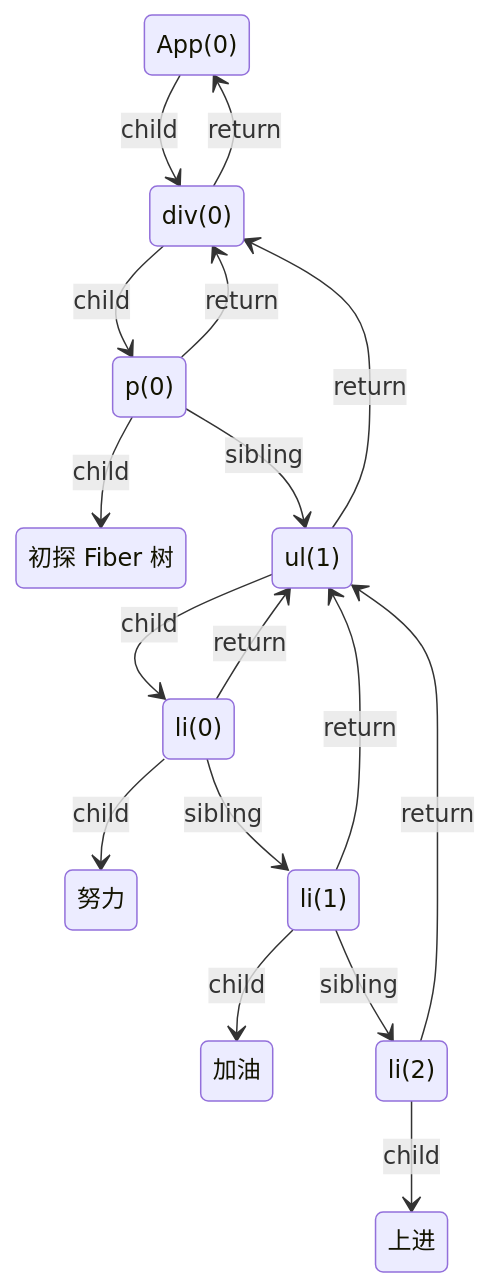
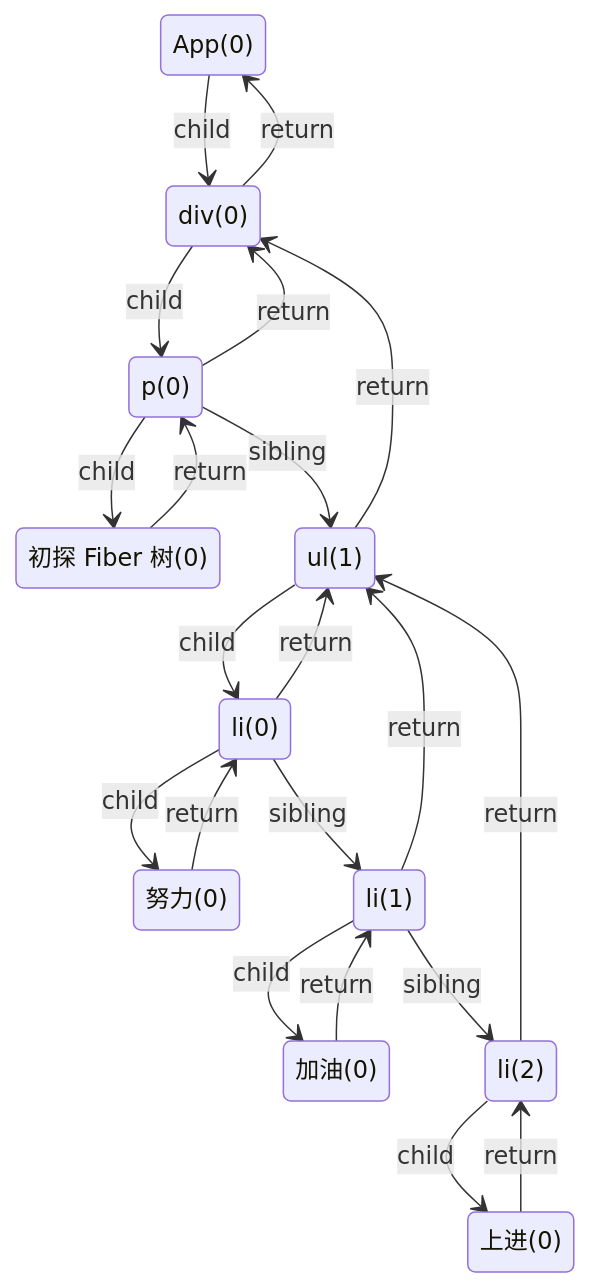
The diagram in 学习手册/Reconciler（协调器）/Fiber树.md (MrArky/ReactSourceCode), drawn with Mermaid before and after one commit.

Commit message:
Update Fiber树.md
更新Fiber树

````diff
--- a/学习手册/Reconciler（协调器）/Fiber树.md
+++ b/学习手册/Reconciler（协调器）/Fiber树.md
@@ -15,26 +15,30 @@
 ``` mermaid
   stateDiagram
   App(0) --> div(0) : child
   div(0) --> App(0) : return
   div(0) --> p(0) : child
-  string1: 初探 Fiber 树
-  string2: 努力
-  string3: 加油
-  string4: 上进
+  string1: 初探 Fiber 树(0)
+  string2: 努力(0)
+  string3: 加油(0)
+  string4: 上进(0)
   li1 : li(0)
   li2 : li(1)
   li3 : li(2)
   p(0) --> string1 : child
+  string1 --> p(0) : return
   p(0) --> ul(1) : sibling
   p(0) --> div(0) : return
   ul(1) --> li1 : child
   ul(1) --> div(0) : return
   li1 --> string2 : child
   li1 --> li2 : sibling
   li1 --> ul(1) : return
+  string2 --> li1 : return
   li2 --> string3 : child
   li2 --> li3 : sibling
   li2 --> ul(1) : return
+  string3 --> li2 : return
   li3 --> string4 : child
   li3 --> ul(1) : return
+  string4 --> li3 : return
 ```
````
